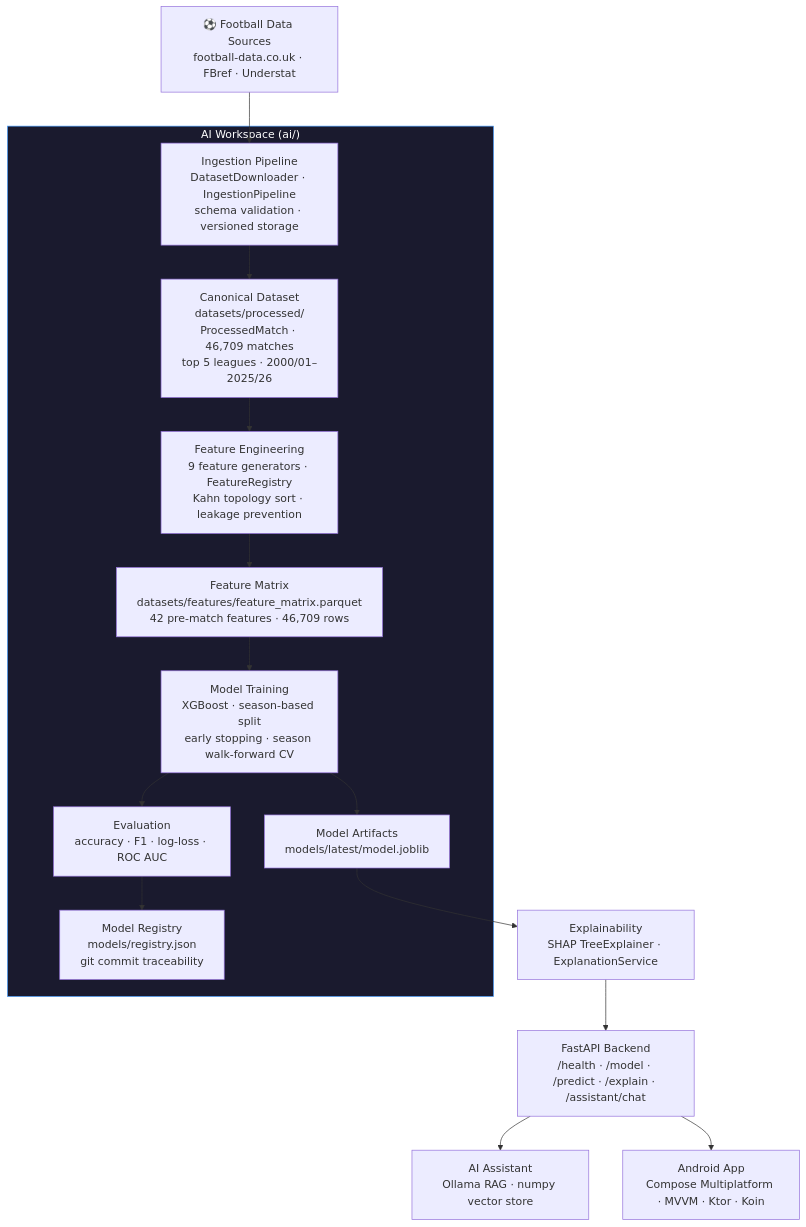
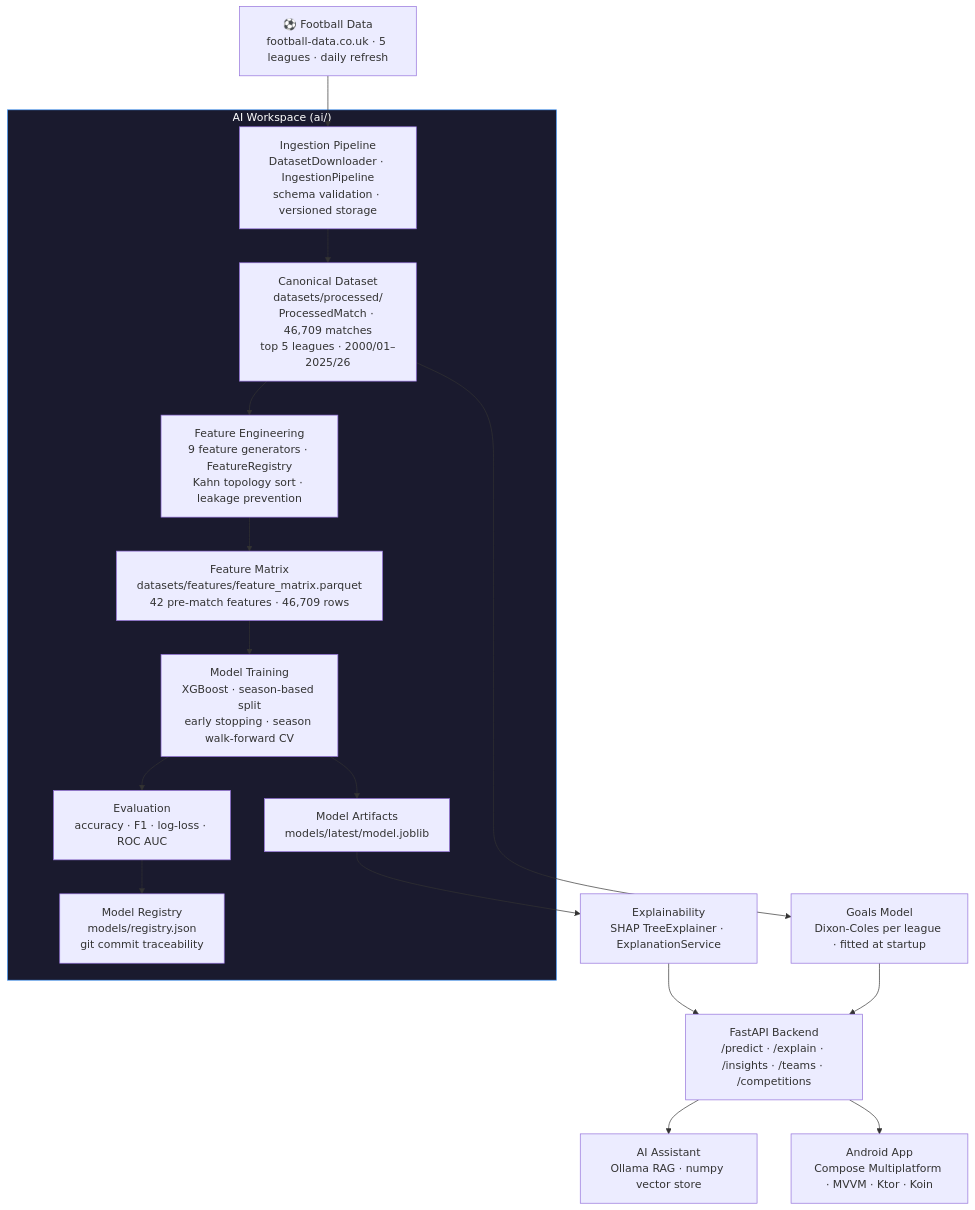
One commit to SumukhaK/football-intelligence-platform changed the first of 6 diagrams in README.md. Above: the diagram before and after it, drawn with Mermaid. The commit also changed other lines of this file, not shown here.

````diff
--- a/README.md
+++ b/README.md
@@ -52,22 +53,24 @@
 ```mermaid
 flowchart TD
-    A["⚽ Football Data Sources\nfootball-data.co.uk · FBref · Understat"] --> B
+    A["⚽ Football Data\nfootball-data.co.uk · 5 leagues · daily refresh"] --> B
 
     subgraph AI["AI Workspace (ai/)"]
         B["Ingestion Pipeline\nDatasetDownloader · IngestionPipeline\nschema validation · versioned storage"] --> C
         C["Canonical Dataset\ndatasets/processed/\nProcessedMatch · 46,709 matches\ntop 5 leagues · 2000/01–2025/26"] --> D
         D["Feature Engineering\n9 feature generators · FeatureRegistry\nKahn topology sort · leakage prevention"] --> E
         E["Feature Matrix\ndatasets/features/feature_matrix.parquet\n42 pre-match features · 46,709 rows"] --> F
         F["Model Training\nXGBoost · season-based split\nearly stopping · season walk-forward CV"] --> G
         G["Evaluation\naccuracy · F1 · log-loss · ROC AUC"] --> H
         H["Model Registry\nmodels/registry.json\ngit commit traceability"]
         F --> I["Model Artifacts\nmodels/latest/model.joblib"]
     end
 
     I --> J["Explainability\nSHAP TreeExplainer · ExplanationService"]
-    J --> K["FastAPI Backend\n/health · /model · /predict · /explain · /assistant/chat"]
+    C --> N["Goals Model\nDixon-Coles per league · fitted at startup"]
+    J --> K["FastAPI Backend\n/predict · /explain · /insights · /teams · /competitions"]
+    N --> K
     K --> L["AI Assistant\nOllama RAG · numpy vector store"]
     K --> M["Android App\nCompose Multiplatform · MVVM · Ktor · Koin"]
 
     style AI fill:#1a1a2e,stroke:#4a9eff,color:#ffffff
 ```
````
